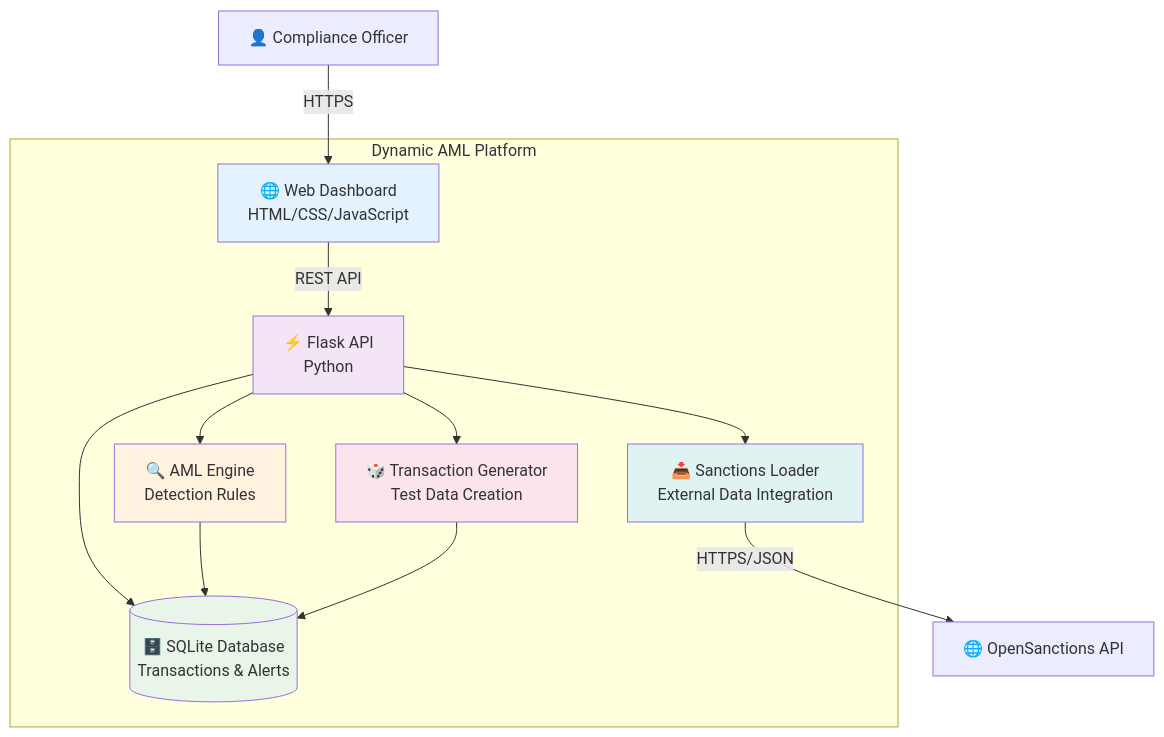
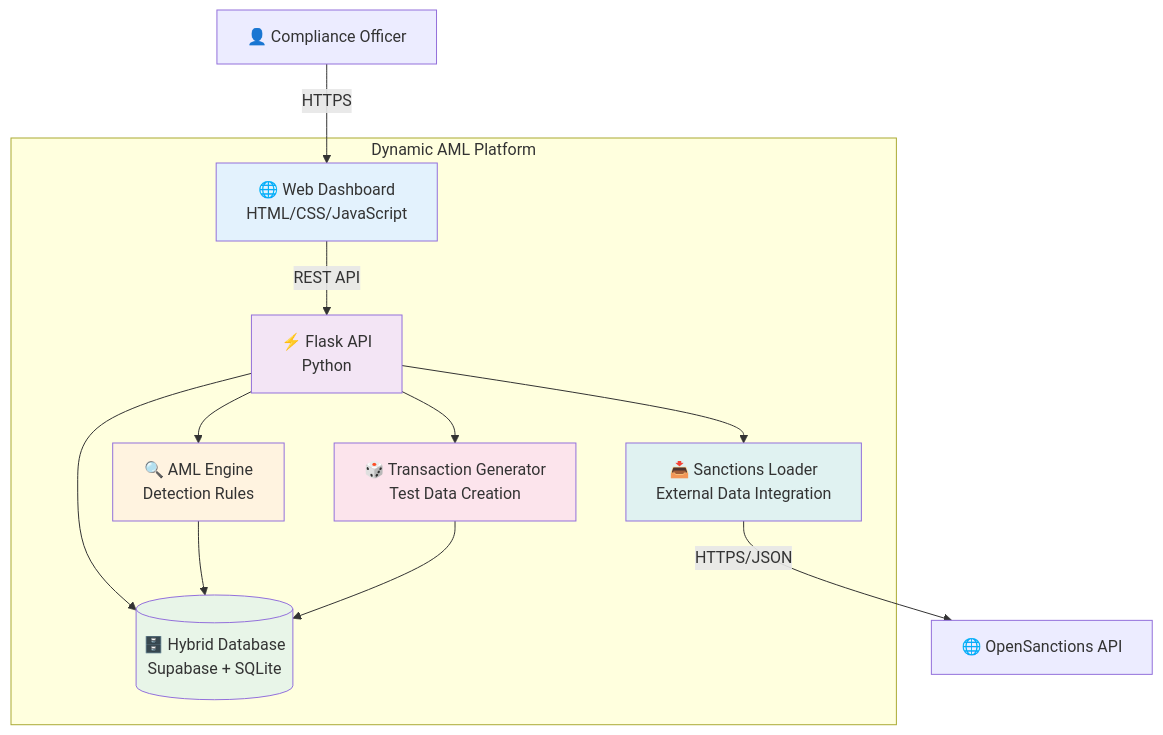
One commit to paihari/aml-controller changed the second of 6 diagrams in README.md. Above: the diagram before and after it, drawn with Mermaid. The commit also changed other lines of this file, not shown here.

First line of the commit message:
Update README with Supabase AML integration and transaction workflow documentation

````diff
--- a/README.md
+++ b/README.md
@@ -60,31 +60,31 @@
 ```mermaid
 graph TB
     subgraph "Dynamic AML Platform"
         WebApp[🌐 Web Dashboard<br/>HTML/CSS/JavaScript]
         API[⚡ Flask API<br/>Python]
-        DB[(🗄️ SQLite Database<br/>Transactions & Alerts)]
+        DB[(🗄️ Hybrid Database<br/>Supabase + SQLite)]
         Engine[🔍 AML Engine<br/>Detection Rules]
         Generator[🎲 Transaction Generator<br/>Test Data Creation]
         Loader[📥 Sanctions Loader<br/>External Data Integration]
     end
     
     User[👤 Compliance Officer]
     ExtAPI[🌐 OpenSanctions API]
     
     User -->|HTTPS| WebApp
     WebApp -->|REST API| API
     API --> DB
     API --> Engine
     API --> Generator
     API --> Loader
     Loader -->|HTTPS/JSON| ExtAPI
     Engine --> DB
     Generator --> DB
     
     style WebApp fill:#e3f2fd
     style API fill:#f3e5f5
     style DB fill:#e8f5e8
     style Engine fill:#fff3e0
     style Generator fill:#fce4ec
     style Loader fill:#e0f2f1
 ```
````
